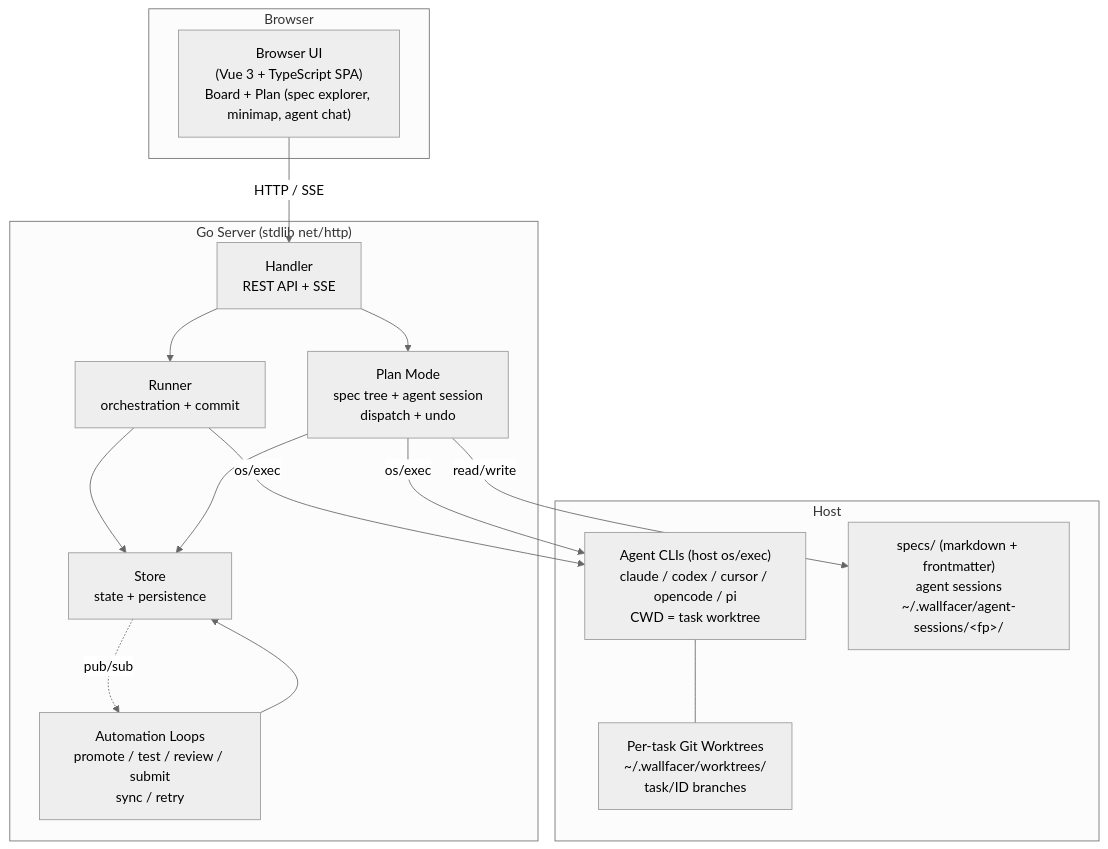
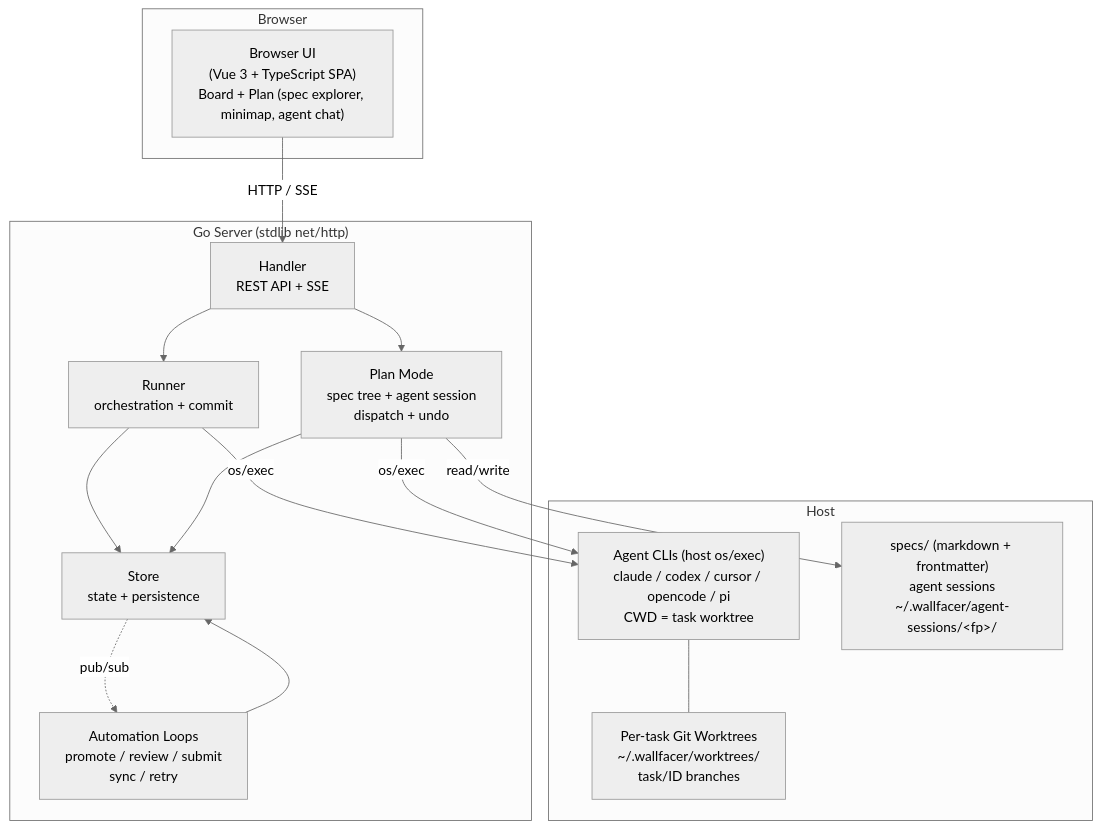
The first of 5 diagrams in docs/internals/architecture.md (changkun/wallfacer), drawn with Mermaid (neutral theme) before and after one commit. The commit also changed other lines of this file and 103 other files, not shown here.

````diff
--- a/docs/internals/architecture.md
+++ b/docs/internals/architecture.md
@@ -15,33 +15,33 @@
 ```mermaid
 graph TB
     subgraph Browser
         UI["Browser UI<br/>(Vue 3 + TypeScript SPA)<br/>Board + Plan (spec explorer, minimap, agent chat)"]
     end
 
     subgraph Server["Go Server (stdlib net/http)"]
         Handler["Handler<br/>REST API + SSE"]
         Runner["Runner<br/>orchestration + commit"]
         Store["Store<br/>state + persistence"]
-        Automation["Automation Loops<br/>promote / test / review / submit<br/>sync / retry"]
+        Automation["Automation Loops<br/>promote / review / submit<br/>sync / retry"]
         Plan["Plan Mode<br/>spec tree + agent session<br/>dispatch + undo"]
 
         Handler --> Runner
         Handler --> Plan
         Runner --> Store
         Automation --> Store
         Plan --> Store
         Store -.->|pub/sub| Automation
     end
 
     subgraph Infra["Host"]
         Agents["Agent CLIs (host os/exec)<br/>claude / codex / cursor / opencode / pi<br/>CWD = task worktree"]
         Worktrees["Per-task Git Worktrees<br/>~/.wallfacer/worktrees/<br/>task/ID branches"]
         SpecsFS["specs/ (markdown + frontmatter)<br/>agent sessions<br/>~/.wallfacer/agent-sessions/&lt;fp&gt;/"]
         Agents --- Worktrees
     end
 
     UI -->|"HTTP / SSE"| Handler
     Runner -->|os/exec| Agents
     Plan -->|os/exec| Agents
     Plan -->|read/write| SpecsFS
 ```
````
